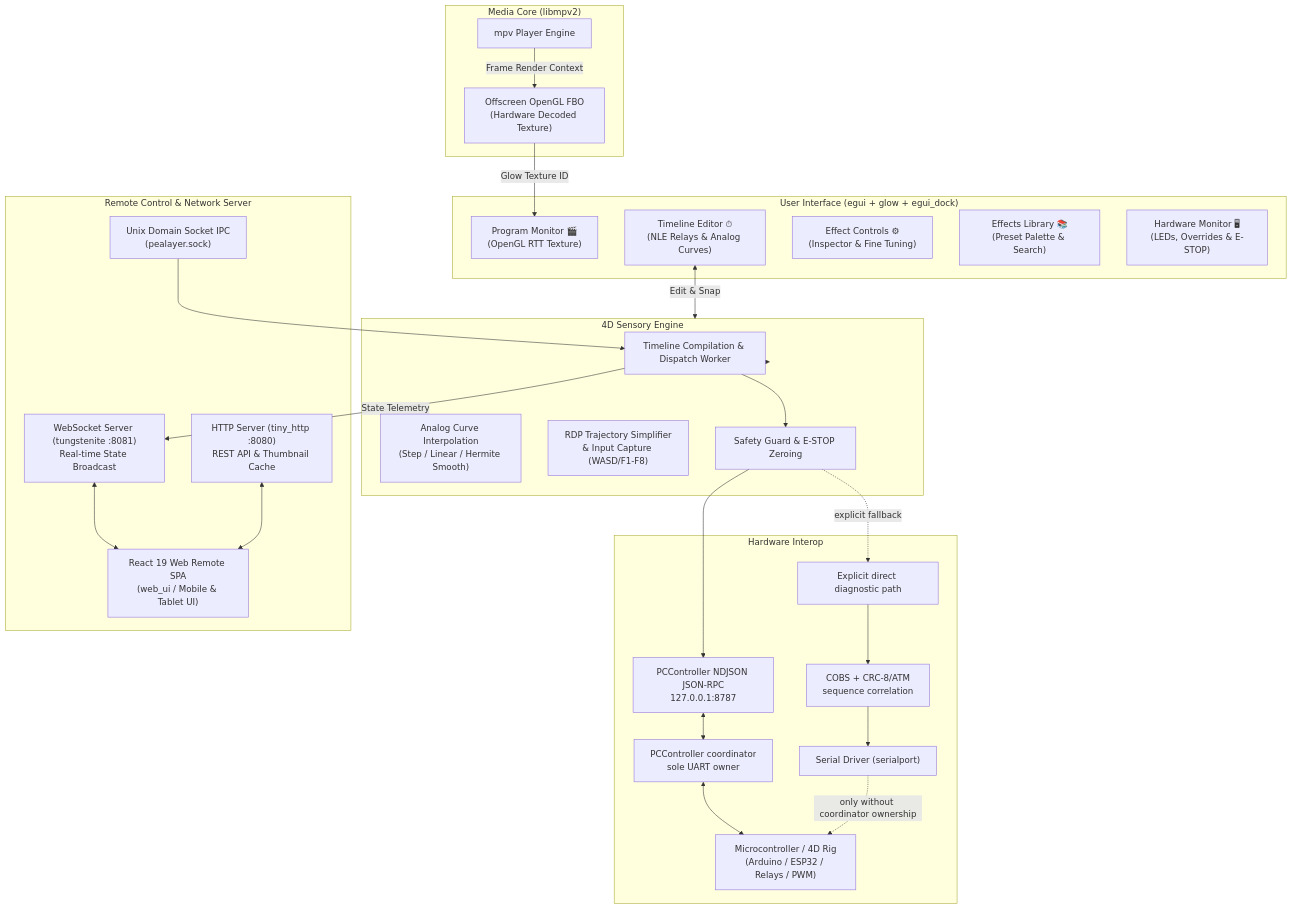
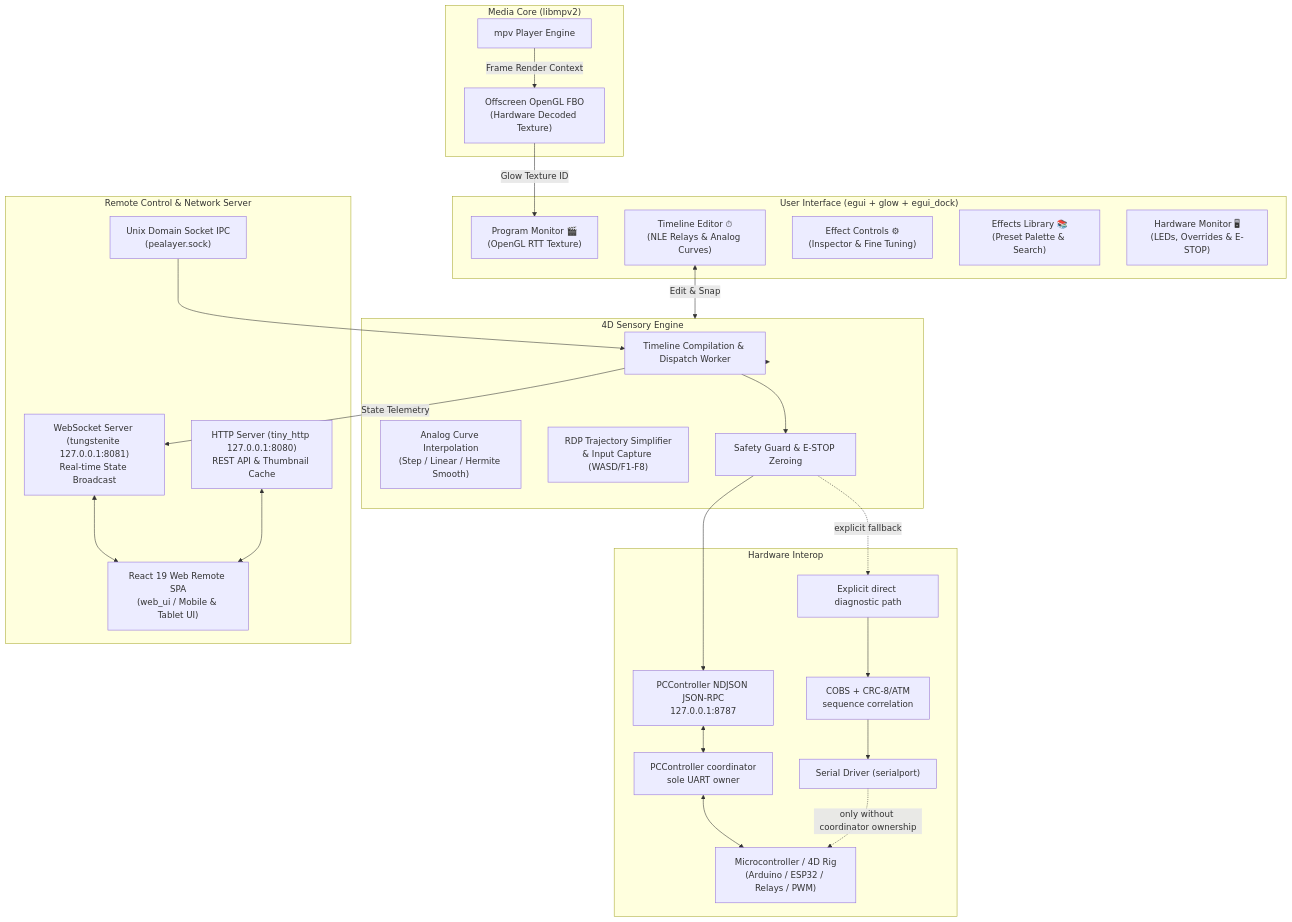
Before and after one commit to ToghrolTP/pealayer: the diagram in README.md, drawn with Mermaid. The commit also changed other lines of this file and 53 other files, not shown here.

````diff
--- a/README.md
+++ b/README.md
@@ -92,57 +94,57 @@
 ```mermaid
 flowchart TD
     subgraph UI ["User Interface (egui + glow + egui_dock)"]
         PM["Program Monitor 🎬\n(OpenGL RTT Texture)"]
         TL["Timeline Editor ⏱\n(NLE Relays & Analog Curves)"]
         EC["Effect Controls ⚙\n(Inspector & Fine Tuning)"]
         EL["Effects Library 📚\n(Preset Palette & Search)"]
         HM["Hardware Monitor 🖥\n(LEDs, Overrides & E-STOP)"]
     end
 
     subgraph MediaCore ["Media Core (libmpv2)"]
         MPV["mpv Player Engine"]
         GL_RTT["Offscreen OpenGL FBO\n(Hardware Decoded Texture)"]
     end
 
     subgraph FourD ["4D Sensory Engine"]
         Engine["Timeline Compilation & Dispatch Worker"]
         Curve["Analog Curve Interpolation\n(Step / Linear / Hermite Smooth)"]
         RDP["RDP Trajectory Simplifier\n& Input Capture (WASD/F1-F8)"]
         Safety["Safety Guard & E-STOP Zeroing"]
     end
 
     subgraph Hardware ["Hardware Interop"]
         RPC["PCController NDJSON JSON-RPC\n127.0.0.1:8787"]
         PCC["PCController coordinator\nsole UART owner"]
         Direct["Explicit direct diagnostic path"]
         COBS["COBS + CRC-8/ATM\nsequence correlation"]
         Serial["Serial Driver (serialport)"]
         MCU["Microcontroller / 4D Rig\n(Arduino / ESP32 / Relays / PWM)"]
     end
 
     subgraph Network ["Remote Control & Network Server"]
-        HTTP["HTTP Server (tiny_http :8080)\nREST API & Thumbnail Cache"]
-        WS["WebSocket Server (tungstenite :8081)\nReal-time State Broadcast"]
+        HTTP["HTTP Server (tiny_http 127.0.0.1:8080)\nREST API & Thumbnail Cache"]
+        WS["WebSocket Server (tungstenite 127.0.0.1:8081)\nReal-time State Broadcast"]
         WebUI["React 19 Web Remote SPA\n(web_ui / Mobile & Tablet UI)"]
         IPC["Unix Domain Socket IPC\n(pealayer.sock)"]
     end
 
     MPV -->|Frame Render Context| GL_RTT
     GL_RTT -->|Glow Texture ID| PM
 
     TL <-->|Edit & Snap| FourD
     FourD --> Engine
     Engine --> Safety
     Safety --> RPC
     RPC <--> PCC
     PCC <--> MCU
     Safety -. explicit fallback .-> Direct
     Direct --> COBS
     COBS --> Serial
     Serial -. only without coordinator ownership .-> MCU
 
     Engine -->|State Telemetry| WS
     WS <--> WebUI
     HTTP <--> WebUI
     IPC --> Engine
 ```
````
